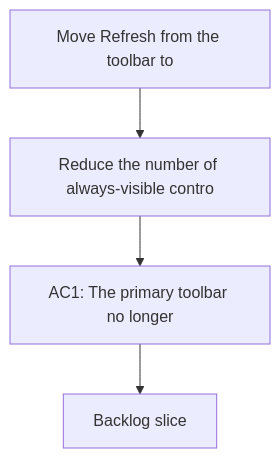
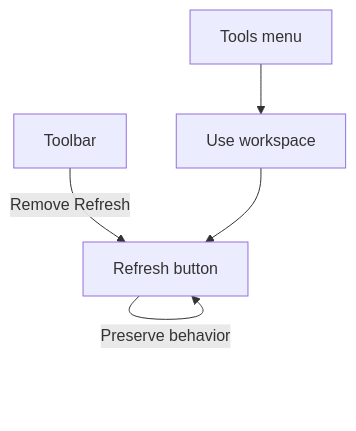
Before and after one commit to AlexAgo83/logics-manager: the diagram in logics/request/req_051_move_refresh_from_the_toolbar_to_the_tools_menu.md, drawn with Mermaid. The commit also changed other lines of this file and 54 other files, not shown here.

````diff
--- a/logics/request/req_051_move_refresh_from_the_toolbar_to_the_tools_menu.md
+++ b/logics/request/req_051_move_refresh_from_the_toolbar_to_the_tools_menu.md
@@ -10,8 +10,12 @@
 ```mermaid
 %% logics-kind: request
 %% logics-signature: request|move-refresh-from-the-toolbar-to-the-too|reduce-the-number-of-always-visible-cont|ac1-the-primary-toolbar-no-longer
 flowchart TD
-    Trigger[Move Refresh from the toolbar to] --> Need[Reduce the number of always-visible contro]
-    Need --> Outcome[AC1: The primary toolbar no longer]
-    Outcome --> Backlog[Backlog slice]
+    Toolbar[Toolbar]
+    ToolsMenu[Tools menu]
+    RefreshBtn[Refresh button]
+    UseWorkspace[Use workspace]
+    Toolbar -->|Remove Refresh| RefreshBtn
+    ToolsMenu --> UseWorkspace --> RefreshBtn
+    RefreshBtn -->|Preserve behavior| RefreshBtn
 ```
````
